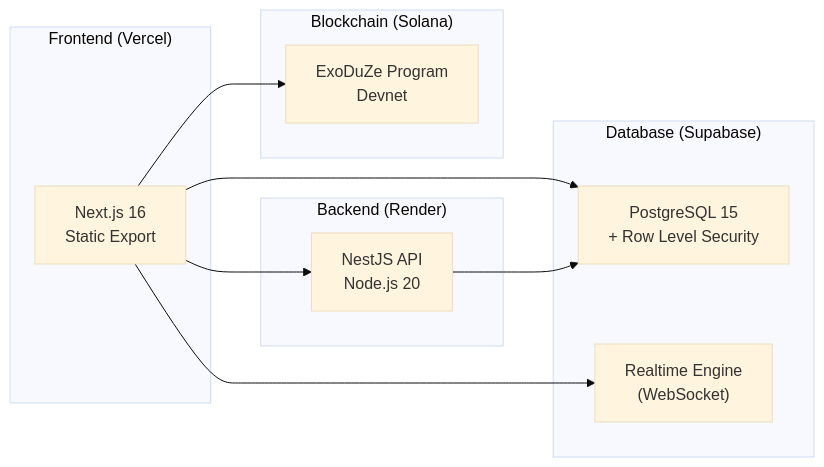
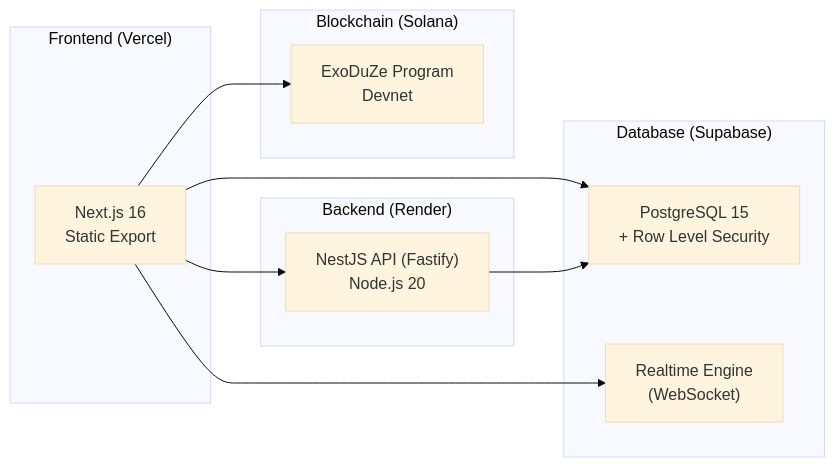
Before and after one commit to siabang35/anchor-solana: the diagram in documentation/Deployment-Guide.md, drawn with Mermaid (base theme). The commit also changed other lines of this file and 6 other files, not shown here.

````diff
--- a/documentation/Deployment-Guide.md
+++ b/documentation/Deployment-Guide.md
@@ -11,25 +11,25 @@
 ```mermaid
 graph LR
     subgraph Frontend["Frontend (Vercel)"]
         Next["Next.js 16<br/>Static Export"]
     end
 
     subgraph Backend["Backend (Render)"]
-        Nest["NestJS API<br/>Node.js 20"]
+        Nest["NestJS API (Fastify)<br/>Node.js 20"]
     end
 
     subgraph Database["Database (Supabase)"]
         PG["PostgreSQL 15<br/>+ Row Level Security"]
         RT["Realtime Engine<br/>(WebSocket)"]
     end
 
     subgraph Blockchain["Blockchain (Solana)"]
         Program["ExoDuZe Program<br/>Devnet"]
     end
 
     Next --> Nest
     Next --> PG
     Next --> RT
     Nest --> PG
     Next --> Program
 ```
````
